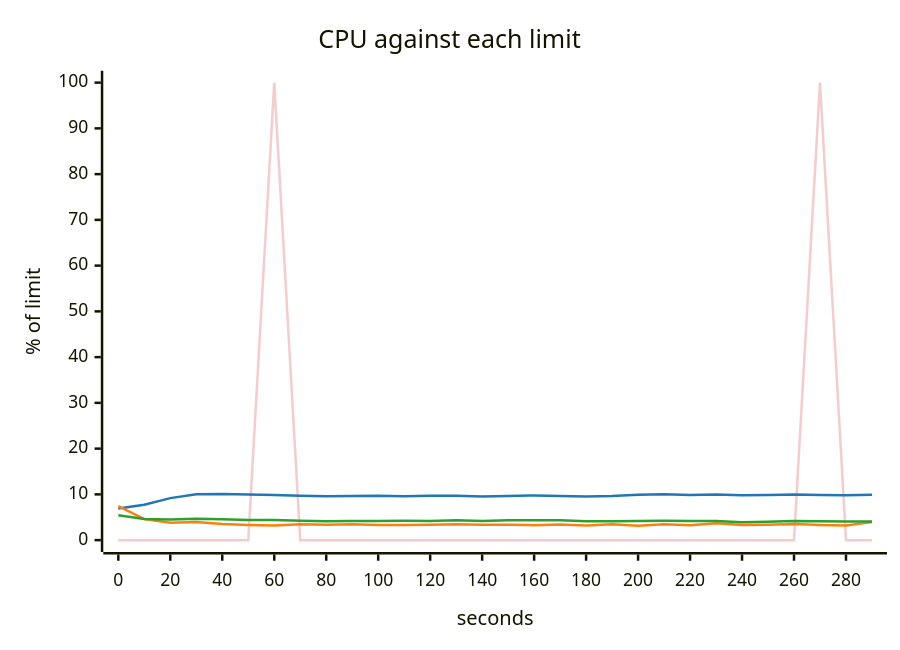
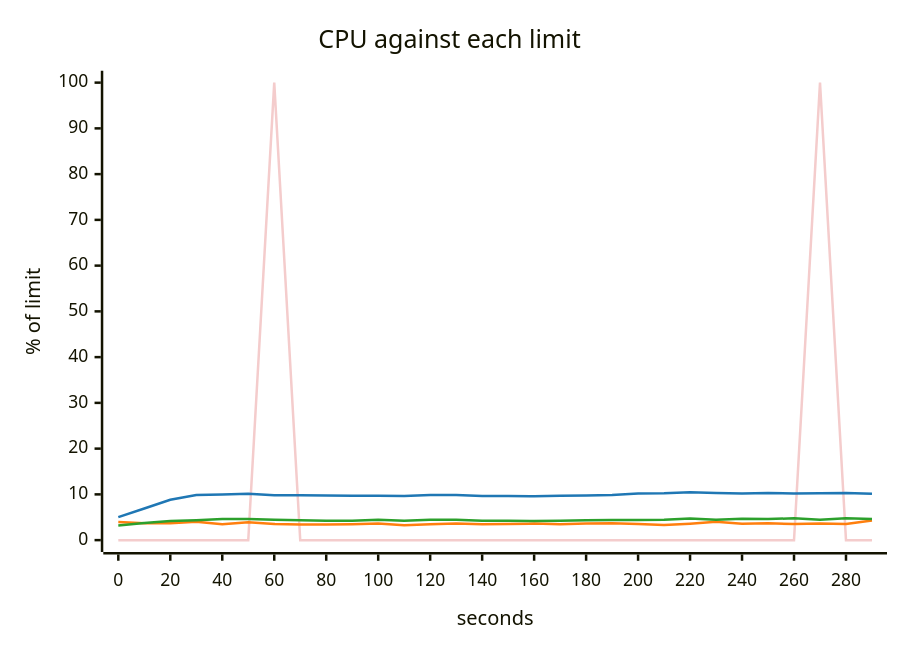
One commit to akinfemi/load-lore changed the fifth of 5 diagrams in scenarios/healthy-but-broken/solutions/deep-health-check/report.md. Above: the diagram before and after it, drawn with Mermaid. The commit also changed other lines of this file and 125 other files, not shown here.

````diff
--- a/scenarios/healthy-but-broken/solutions/deep-health-check/report.md
+++ b/scenarios/healthy-but-broken/solutions/deep-health-check/report.md
@@ -100,17 +100,17 @@
 ```mermaid
 ---
 config:
   themeVariables:
     xyChart:
       backgroundColor: "transparent"
       plotColorPalette: "#f4cccc, #1f77b4, #ff7f0e, #2ca02c"
 ---
 xychart-beta
     title "CPU against each limit"
     x-axis "seconds" 0 --> 290
     y-axis "% of limit" 0 --> 100
     line [0, 0, 0, 0, 0, 0, 100, 0, 0, 0, 0, 0, 0, 0, 0, 0, 0, 0, 0, 0, 0, 0, 0, 0, 0, 0, 0, 100, 0, 0]
-    line [6.909, 7.722, 9.18, 10.024, 10.068, 9.968, 9.861, 9.711, 9.598, 9.635, 9.716, 9.616, 9.675, 9.687, 9.528, 9.636, 9.764, 9.629, 9.542, 9.668, 9.937, 10.029, 9.889, 9.963, 9.817, 9.865, 9.961, 9.871, 9.791, 9.943]
-    line [7.432, 4.615, 3.784, 3.937, 3.522, 3.332, 3.209, 3.456, 3.365, 3.448, 3.3, 3.292, 3.353, 3.453, 3.374, 3.372, 3.278, 3.437, 3.224, 3.466, 3.161, 3.482, 3.258, 3.713, 3.309, 3.353, 3.501, 3.316, 3.212, 3.933]
-    line [5.434, 4.596, 4.534, 4.663, 4.584, 4.374, 4.379, 4.209, 4.1, 4.183, 4.163, 4.222, 4.2, 4.364, 4.166, 4.318, 4.328, 4.365, 4.106, 4.113, 4.194, 4.239, 4.172, 4.154, 3.926, 4.009, 4.195, 4.141, 4.092, 4.078]
+    line [5.015, 6.914, 8.828, 9.871, 9.957, 10.128, 9.812, 9.798, 9.745, 9.689, 9.691, 9.65, 9.846, 9.86, 9.655, 9.672, 9.585, 9.725, 9.777, 9.881, 10.181, 10.23, 10.457, 10.311, 10.168, 10.31, 10.178, 10.25, 10.282, 10.146]
+    line [3.985, 3.71, 3.69, 4.038, 3.445, 3.881, 3.541, 3.406, 3.391, 3.475, 3.615, 3.229, 3.494, 3.61, 3.453, 3.542, 3.608, 3.455, 3.642, 3.677, 3.512, 3.292, 3.598, 4.03, 3.555, 3.679, 3.527, 3.661, 3.526, 4.265]
+    line [3.194, 3.754, 4.19, 4.367, 4.625, 4.629, 4.445, 4.346, 4.238, 4.256, 4.436, 4.213, 4.432, 4.43, 4.239, 4.208, 4.179, 4.224, 4.363, 4.396, 4.379, 4.456, 4.703, 4.465, 4.69, 4.604, 4.78, 4.48, 4.799, 4.626]
 ```
````
